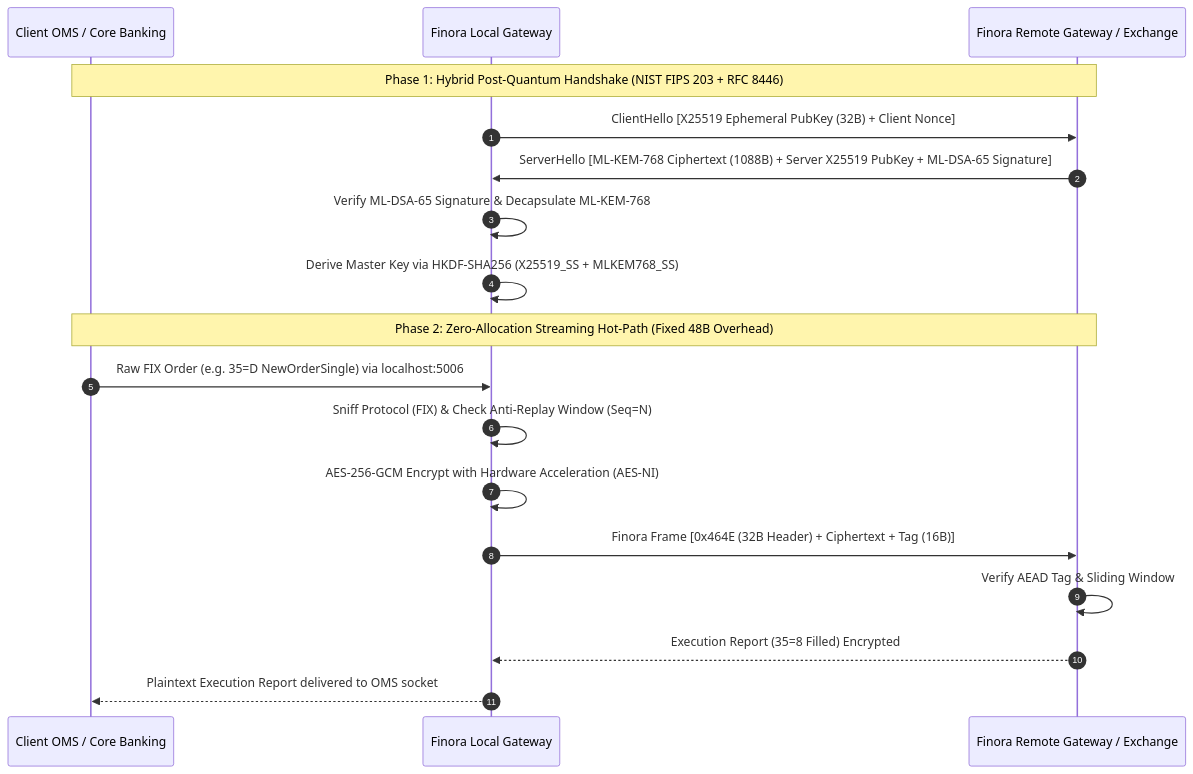
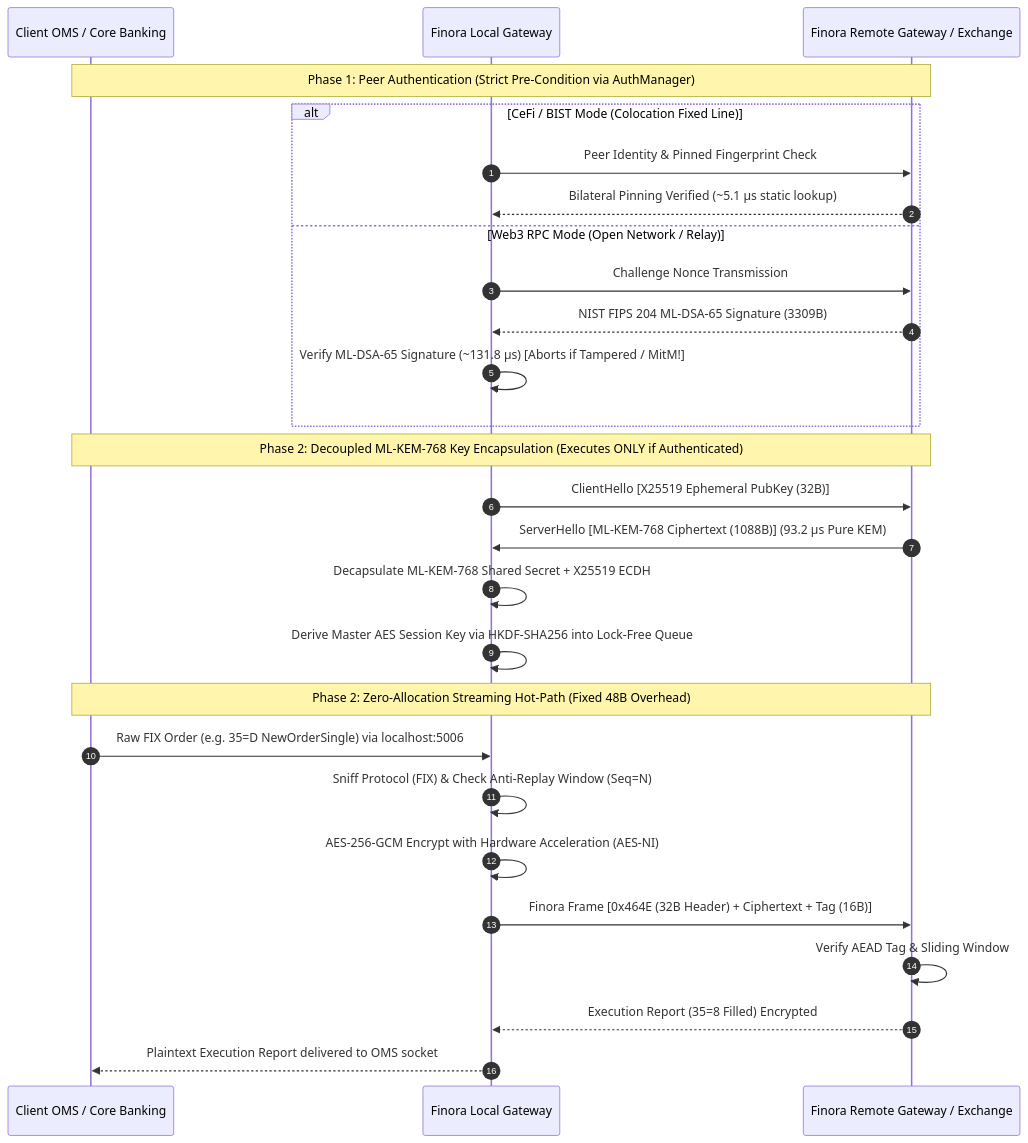
One commit to kaanirmak/FIX-Q changed the second of 2 diagrams in README.md. Above: the diagram before and after it, drawn with Mermaid. The commit also changed other lines of this file and 4 other files, not shown here.

Commit message:
docs: comprehensive update of README, architecture, security, and benchmark specs with decoupled authentication

````diff
--- a/README.md
+++ b/README.md
@@ -168,22 +172,32 @@
 ```mermaid
 sequenceDiagram
     autonumber
     participant App as Client OMS / Core Banking
     participant Proxy as Finora Local Gateway
     participant Wire as Finora Remote Gateway / Exchange
 
-    Note over App,Wire: Phase 1: Hybrid Post-Quantum Handshake (NIST FIPS 203 + RFC 8446)
-    Proxy->>Wire: ClientHello [X25519 Ephemeral PubKey (32B) + Client Nonce]
-    Wire->>Proxy: ServerHello [ML-KEM-768 Ciphertext (1088B) + Server X25519 PubKey + ML-DSA-65 Signature]
-    Proxy->>Proxy: Verify ML-DSA-65 Signature & Decapsulate ML-KEM-768
-    Proxy->>Proxy: Derive Master Key via HKDF-SHA256 (X25519_SS + MLKEM768_SS)
+    Note over App,Wire: Phase 1: Peer Authentication (Strict Pre-Condition via AuthManager)
+    alt CeFi / BIST Mode (Colocation Fixed Line)
+        Proxy->>Wire: Peer Identity & Pinned Fingerprint Check
+        Wire-->>Proxy: Bilateral Pinning Verified (~5.1 µs static lookup)
+    else Web3 RPC Mode (Open Network / Relay)
+        Proxy->>Wire: Challenge Nonce Transmission
+        Wire-->>Proxy: NIST FIPS 204 ML-DSA-65 Signature (3309B)
+        Proxy->>Proxy: Verify ML-DSA-65 Signature (~131.8 µs) [Aborts if Tampered / MitM!]
+    end
+
+    Note over App,Wire: Phase 2: Decoupled ML-KEM-768 Key Encapsulation (Executes ONLY if Authenticated)
+    Proxy->>Wire: ClientHello [X25519 Ephemeral PubKey (32B)]
+    Wire->>Proxy: ServerHello [ML-KEM-768 Ciphertext (1088B)] (93.2 µs Pure KEM)
+    Proxy->>Proxy: Decapsulate ML-KEM-768 Shared Secret + X25519 ECDH
+    Proxy->>Proxy: Derive Master AES Session Key via HKDF-SHA256 into Lock-Free Queue
 
     Note over App,Wire: Phase 2: Zero-Allocation Streaming Hot-Path (Fixed 48B Overhead)
     App->>Proxy: Raw FIX Order (e.g. 35=D NewOrderSingle) via localhost:5006
     Proxy->>Proxy: Sniff Protocol (FIX) & Check Anti-Replay Window (Seq=N)
     Proxy->>Proxy: AES-256-GCM Encrypt with Hardware Acceleration (AES-NI)
     Proxy->>Wire: Finora Frame [0x464E (32B Header) + Ciphertext + Tag (16B)]
     Wire->>Wire: Verify AEAD Tag & Sliding Window
     Wire-->>Proxy: Execution Report (35=8 Filled) Encrypted
     Proxy-->>App: Plaintext Execution Report delivered to OMS socket
 ```
````
